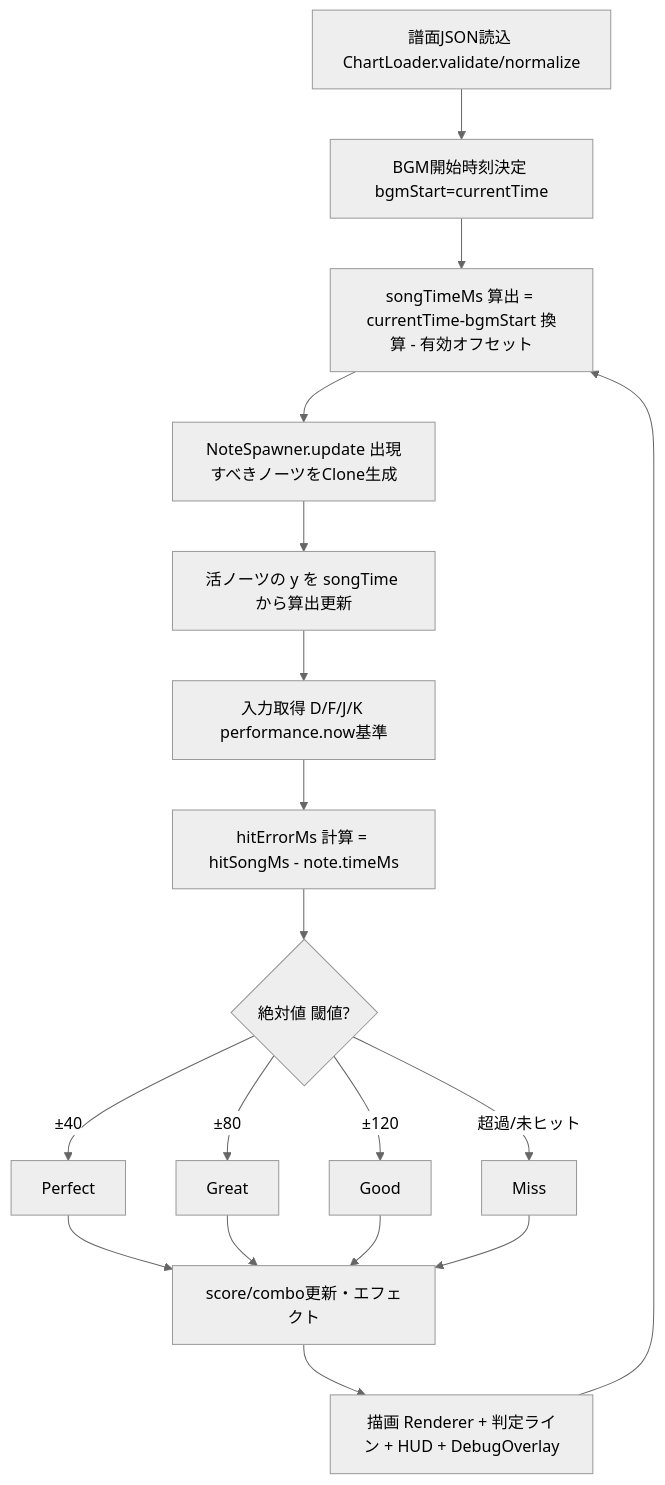
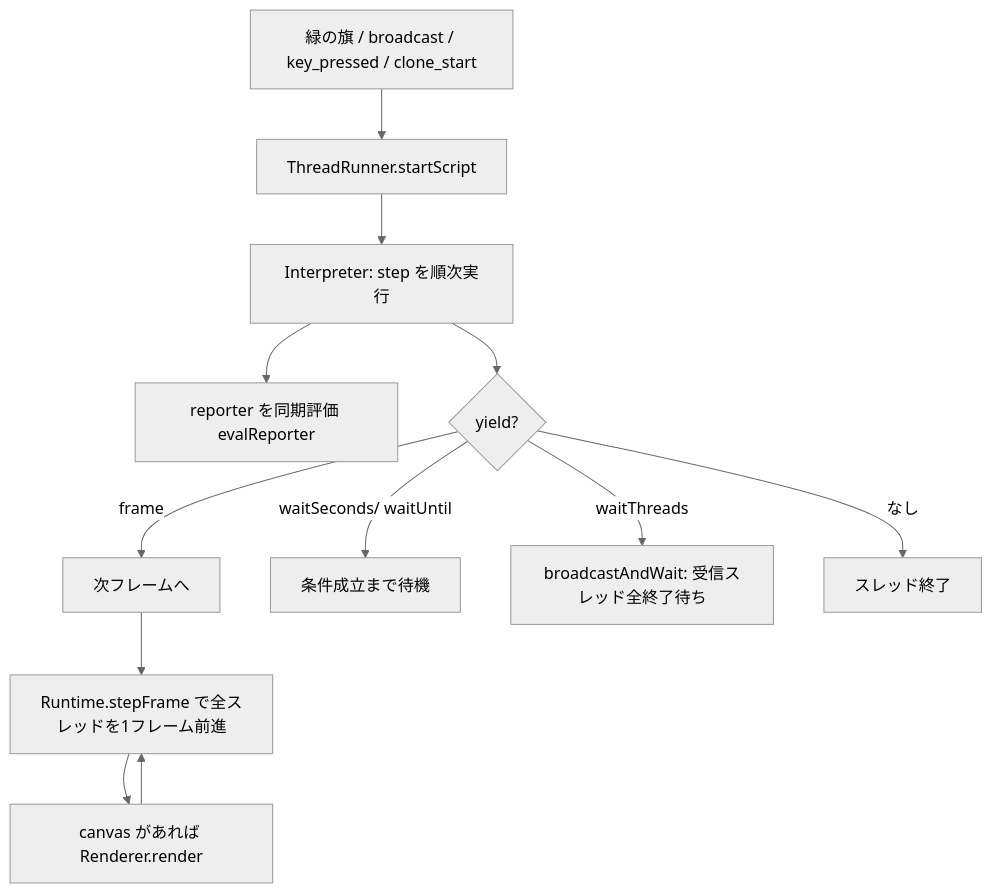
Before and after one commit to Black2856/htmlJs2sb3: the third of 3 diagrams in claudedocs/REPORT.md, drawn with Mermaid (neutral theme). The commit also changed other lines of this file and 21 other files, not shown here.

````diff
--- a/claudedocs/REPORT.md
+++ b/claudedocs/REPORT.md
@@ -96,20 +103,14 @@
 ```mermaid
 flowchart TD
-  A[譜面JSON読込 ChartLoader.validate/normalize] --> B[BGM開始時刻決定 bgmStart=currentTime]
-  B --> C[songTimeMs 算出 = currentTime-bgmStart 換算 - 有効オフセット]
-  C --> D[NoteSpawner.update 出現すべきノーツをClone生成]
-  D --> E[活ノーツの y を songTime から算出更新]
-  E --> F[入力取得 D/F/J/K performance.now基準]
-  F --> G[hitErrorMs 計算 = hitSongMs - note.timeMs]
-  G --> H{絶対値 閾値?}
-  H -->|±40| P[Perfect]
-  H -->|±80| Gr[Great]
-  H -->|±120| Go[Good]
-  H -->|超過/未ヒット| M[Miss]
-  P --> S[score/combo更新・エフェクト]
-  Gr --> S
-  Go --> S
-  M --> S
-  S --> R[描画 Renderer + 判定ライン + HUD + DebugOverlay]
-  R --> C
+  GF[緑の旗 / broadcast / key_pressed / clone_start] --> ST[ThreadRunner.startScript]
+  ST --> IT[Interpreter: step を順次実行]
+  IT --> RP[reporter を同期評価 evalReporter]
+  IT --> Y{yield?}
+  Y -->|frame| NF[次フレームへ]
+  Y -->|waitSeconds/ waitUntil| WT[条件成立まで待機]
+  Y -->|waitThreads| BW[broadcastAndWait: 受信スレッド全終了待ち]
+  Y -->|なし| DONE[スレッド終了]
+  NF --> SF[Runtime.stepFrame で全スレッドを1フレーム前進]
+  SF --> RND[canvas があれば Renderer.render]
+  RND --> SF
 ```
````
